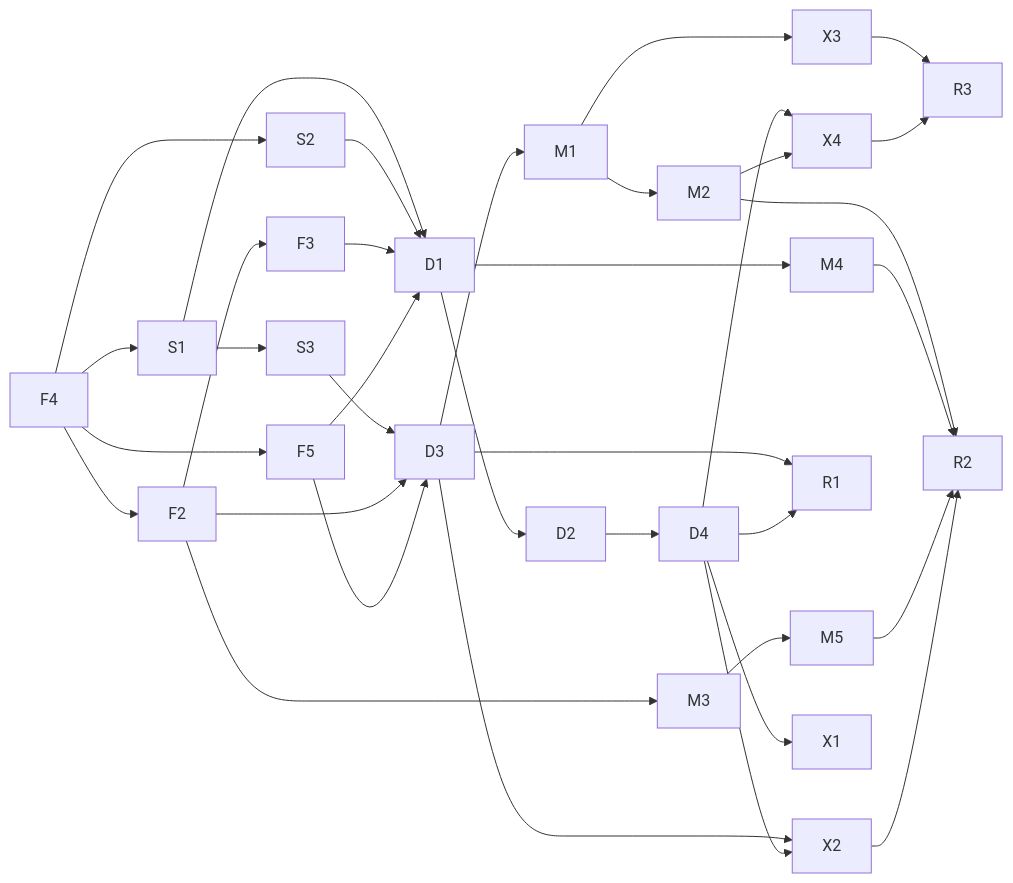
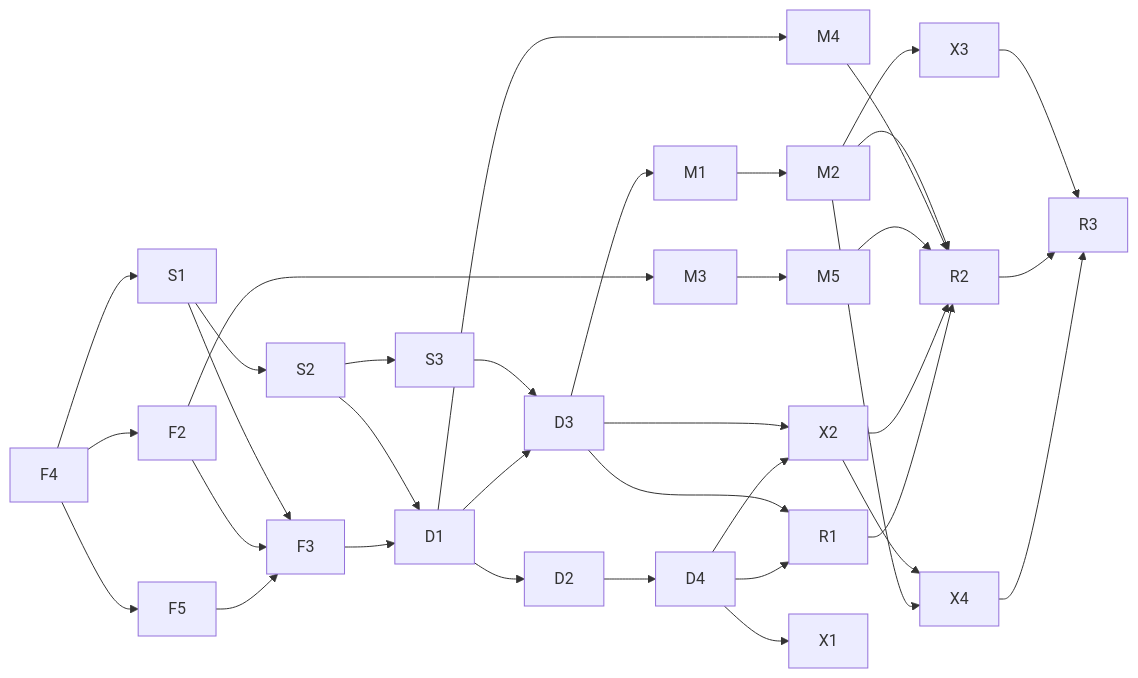
One commit to ppat/mediated-mailbox-mcp changed the second of 2 diagrams in ROADMAP.md. Above: the diagram before and after it, drawn with Mermaid. The commit also changed other lines of this file and 7 other files, not shown here.

````diff
--- a/ROADMAP.md
+++ b/ROADMAP.md
@@ -832,37 +840,38 @@
 ```mermaid
 flowchart LR
     F4 --> S1
-    F4 --> S2
     F4 --> F2
     F4 --> F5
-    S1 --> S3
+    S1 --> S2
+    S2 --> S3
+    S1 --> F3
     F2 --> F3
+    F5 --> F3
     F2 --> M3
     M3 --> M5
-    S1 --> D1
     S2 --> D1
     F3 --> D1
-    F5 --> D1
     D1 --> D2
     D1 --> M4
     S3 --> D3
-    F2 --> D3
-    F5 --> D3
+    D1 --> D3
     D2 --> D4
     D3 --> M1
     D3 --> X2
     D4 --> X2
     M1 --> M2
-    M1 --> X3
+    M2 --> X3
     D3 --> R1
     D4 --> R1
     M2 --> R2
     M4 --> R2
     M5 --> R2
     X2 --> R2
+    R1 --> R2
     X3 --> R3
-    D4 --> X4
+    R2 --> R3
+    X2 --> X4
     M2 --> X4
     X4 --> R3
     D4 --> X1
 ```
````
